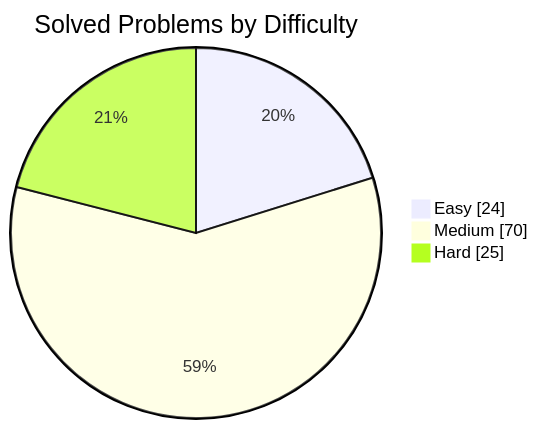
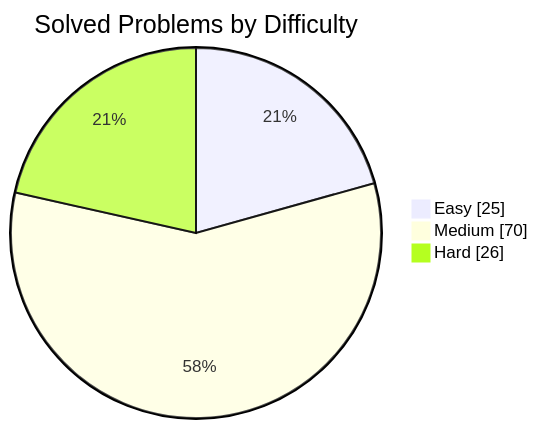
The first of 2 diagrams in README.md (manikantbindass/DSA-Preparation-FAANG), drawn with Mermaid before and after one commit. The commit also changed other lines of this file, not shown here.

````diff
--- a/README.md
+++ b/README.md
@@ -38,7 +38,7 @@
 ```mermaid
 pie showData
     title Solved Problems by Difficulty
-    "Easy" : 24
+    "Easy" : 25
     "Medium" : 70
-    "Hard" : 25
+    "Hard" : 26
 ```
````
